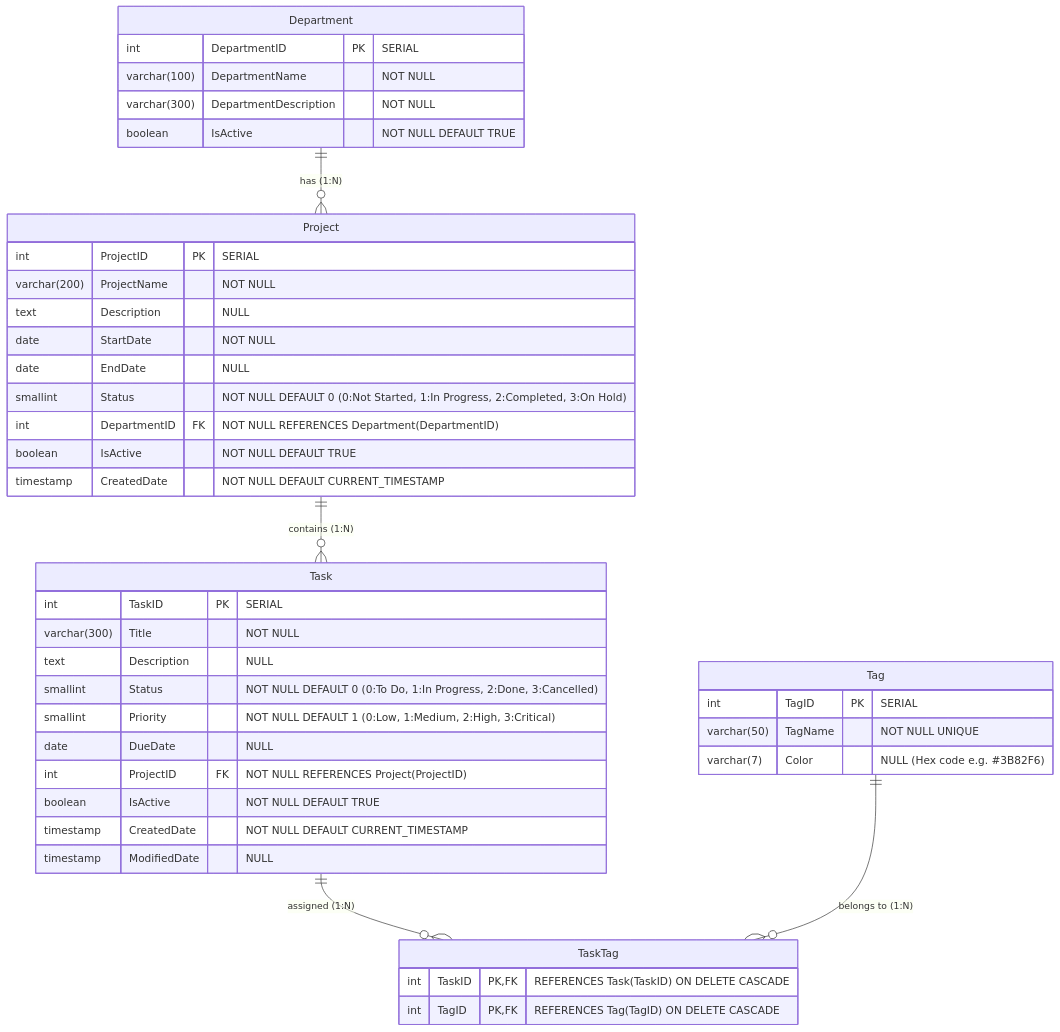
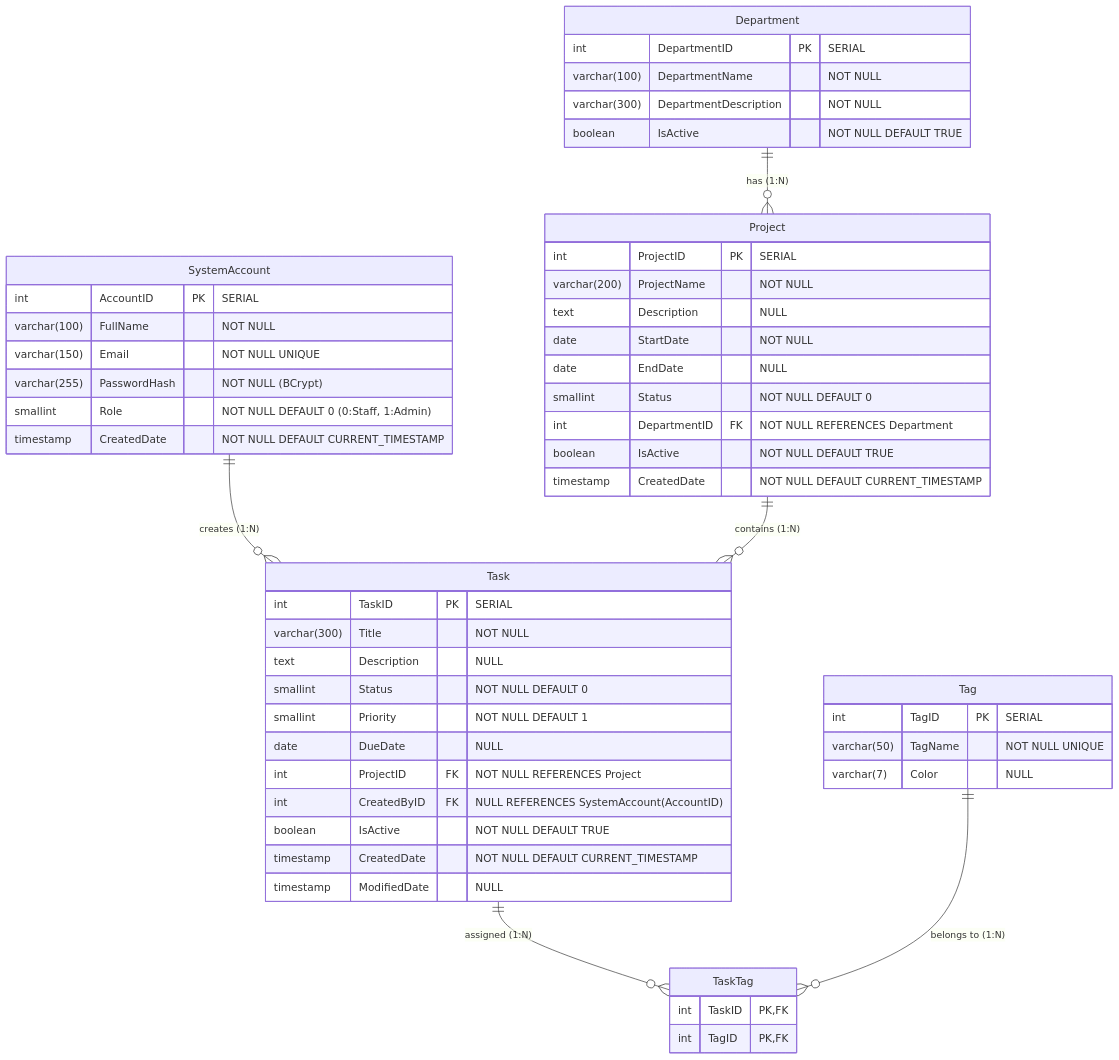
The diagram in README.md (longfptaka3011/Assignment_2_PRN232_FA26), drawn with Mermaid before and after one commit. The commit also changed other lines of this file and 49 other files, not shown here.

````diff
--- a/README.md
+++ b/README.md
@@ -43,50 +72,61 @@
 ```mermaid
 erDiagram
+    SystemAccount ||--o{ Task : "creates (1:N)"
     Department ||--o{ Project : "has (1:N)"
     Project ||--o{ Task : "contains (1:N)"
     Task ||--o{ TaskTag : "assigned (1:N)"
     Tag ||--o{ TaskTag : "belongs to (1:N)"
+
+    SystemAccount {
+        int AccountID PK "SERIAL"
+        varchar(100) FullName "NOT NULL"
+        varchar(150) Email "NOT NULL UNIQUE"
+        varchar(255) PasswordHash "NOT NULL (BCrypt)"
+        smallint Role "NOT NULL DEFAULT 0 (0:Staff, 1:Admin)"
+        timestamp CreatedDate "NOT NULL DEFAULT CURRENT_TIMESTAMP"
+    }
 
     Department {
         int DepartmentID PK "SERIAL"
         varchar(100) DepartmentName "NOT NULL"
         varchar(300) DepartmentDescription "NOT NULL"
         boolean IsActive "NOT NULL DEFAULT TRUE"
     }
 
     Project {
         int ProjectID PK "SERIAL"
         varchar(200) ProjectName "NOT NULL"
         text Description "NULL"
         date StartDate "NOT NULL"
         date EndDate "NULL"
-        smallint Status "NOT NULL DEFAULT 0 (0:Not Started, 1:In Progress, 2:Completed, 3:On Hold)"
-        int DepartmentID FK "NOT NULL REFERENCES Department(DepartmentID)"
+        smallint Status "NOT NULL DEFAULT 0"
+        int DepartmentID FK "NOT NULL REFERENCES Department"
         boolean IsActive "NOT NULL DEFAULT TRUE"
         timestamp CreatedDate "NOT NULL DEFAULT CURRENT_TIMESTAMP"
     }
 
     Task {
         int TaskID PK "SERIAL"
         varchar(300) Title "NOT NULL"
         text Description "NULL"
-        smallint Status "NOT NULL DEFAULT 0 (0:To Do, 1:In Progress, 2:Done, 3:Cancelled)"
-        smallint Priority "NOT NULL DEFAULT 1 (0:Low, 1:Medium, 2:High, 3:Critical)"
+        smallint Status "NOT NULL DEFAULT 0"
+        smallint Priority "NOT NULL DEFAULT 1"
         date DueDate "NULL"
-        int ProjectID FK "NOT NULL REFERENCES Project(ProjectID)"
+        int ProjectID FK "NOT NULL REFERENCES Project"
+        int CreatedByID FK "NULL REFERENCES SystemAccount(AccountID)"
         boolean IsActive "NOT NULL DEFAULT TRUE"
         timestamp CreatedDate "NOT NULL DEFAULT CURRENT_TIMESTAMP"
         timestamp ModifiedDate "NULL"
     }
 
     Tag {
         int TagID PK "SERIAL"
         varchar(50) TagName "NOT NULL UNIQUE"
-        varchar(7) Color "NULL (Hex code e.g. #3B82F6)"
+        varchar(7) Color "NULL"
     }
 
     TaskTag {
-        int TaskID PK,FK "REFERENCES Task(TaskID) ON DELETE CASCADE"
-        int TagID PK,FK "REFERENCES Tag(TagID) ON DELETE CASCADE"
+        int TaskID PK,FK
+        int TagID PK,FK
     }
 ```
````
